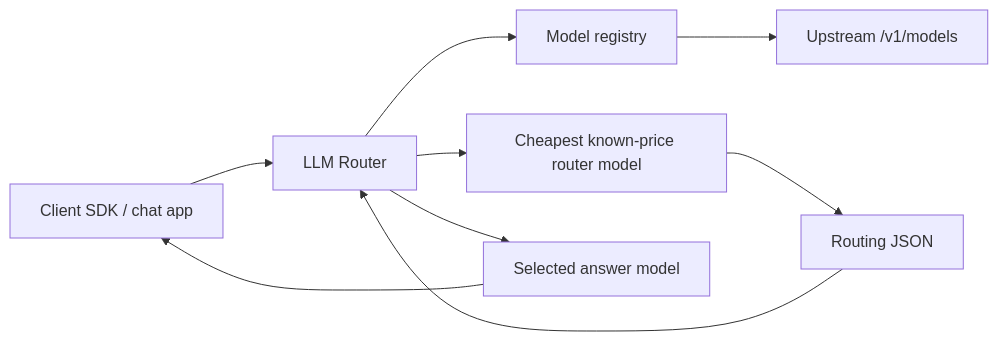
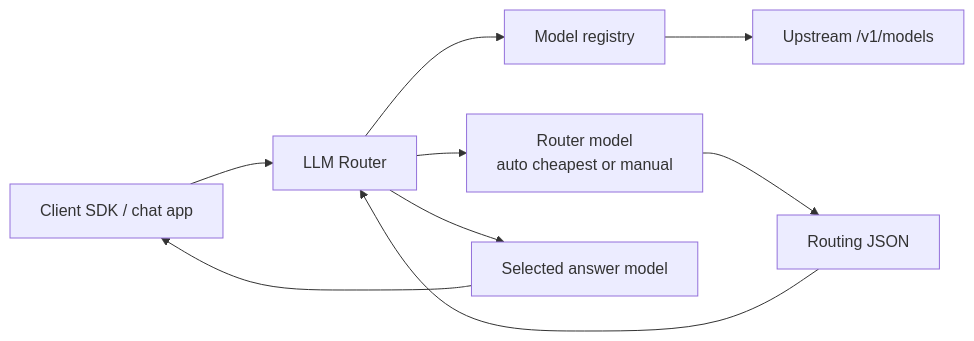
One commit to study8677/llm-router changed the diagram in docs/ARCHITECTURE.md. Above: the diagram before and after it, drawn with Mermaid. The commit also changed other lines of this file and 15 other files, not shown here.

````diff
--- a/docs/ARCHITECTURE.md
+++ b/docs/ARCHITECTURE.md
@@ -5,11 +5,11 @@
 ```mermaid
 flowchart LR
   Client["Client SDK / chat app"] --> Router["LLM Router"]
   Router --> Registry["Model registry"]
   Registry --> UpstreamModels["Upstream /v1/models"]
-  Router --> RouteModel["Cheapest known-price router model"]
+  Router --> RouteModel["Router model<br/>auto cheapest or manual"]
   RouteModel --> Decision["Routing JSON"]
   Decision --> Router
   Router --> AnswerModel["Selected answer model"]
   AnswerModel --> Client
 ```
````
